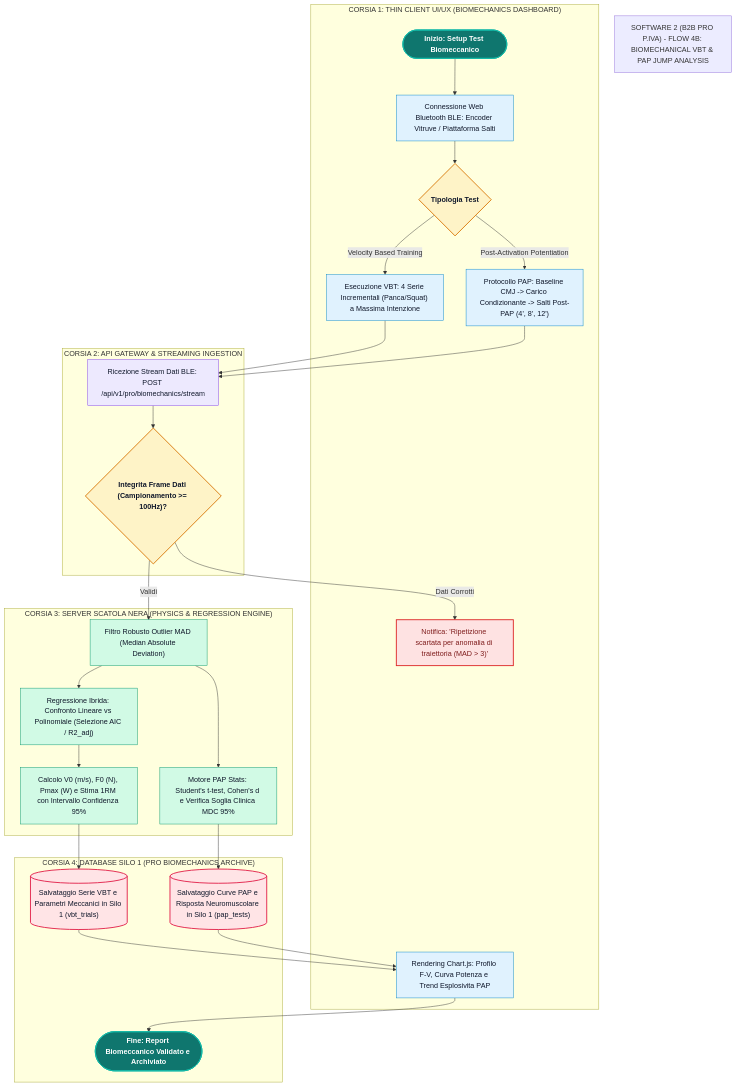
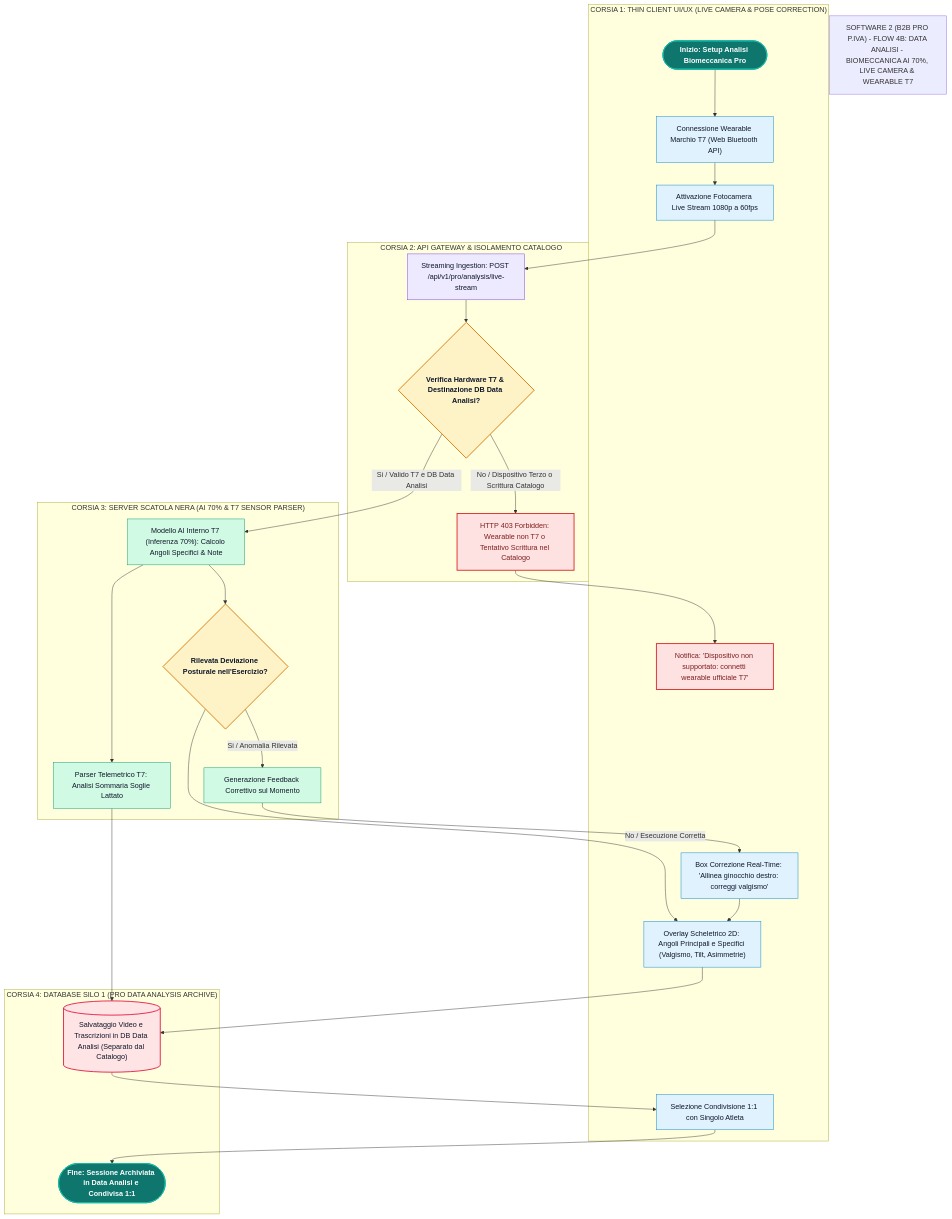
One commit to sportscience2025-star/Sports-Analytics-Platform---T7-Workout-APP changed the diagram in architecture-blueprint/02-miro-zones-and-swimlanes/18-flowcharts/software-2-pro-b2b/flow-4b-vbt-pap-biomechanics.mmd. Above: the diagram before and after it, drawn with Mermaid. The commit also changed 13 other files, not shown here.

Commit message:
feat: reorganize Data Analisi Miro flows (#04, #10, #16), specs, and approved rules

```diff
--- a/architecture-blueprint/02-miro-zones-and-swimlanes/18-flowcharts/software-2-pro-b2b/flow-4b-vbt-pap-biomechanics.mmd
+++ b/architecture-blueprint/02-miro-zones-and-swimlanes/18-flowcharts/software-2-pro-b2b/flow-4b-vbt-pap-biomechanics.mmd
@@ -1,56 +1,53 @@
 flowchart TD
     classDef startend fill:#0f766e,stroke:#14b8a6,stroke-width:2px,color:#ffffff,font-weight:bold;
     classDef client fill:#e0f2fe,stroke:#0284c7,stroke-width:1px,color:#0f172a;
     classDef decision fill:#fef3c7,stroke:#d97706,stroke-width:2px,color:#0f172a,font-weight:bold;
     classDef gateway fill:#ede9fe,stroke:#7c3aed,stroke-width:1px,color:#0f172a;
     classDef server fill:#d1fae5,stroke:#059669,stroke-width:1px,color:#0f172a;
     classDef db fill:#ffe4e6,stroke:#e11d48,stroke-width:2px,color:#0f172a;
     classDef error fill:#fee2e2,stroke:#dc2626,stroke-width:2px,color:#7f1d1d;
 
-    TITLE["SOFTWARE 2 (B2B PRO P.IVA) - FLOW 4B: BIOMECHANICAL VBT & PAP JUMP ANALYSIS"]
+    TITLE["SOFTWARE 2 (B2B PRO P.IVA) - FLOW 4B: DATA ANALISI - BIOMECCANICA AI 70%, LIVE CAMERA & WEARABLE T7"]
 
-    subgraph LANE_CLIENT["CORSIA 1: THIN CLIENT UI/UX (BIOMECHANICS DASHBOARD)"]
-        START(["Inizio: Setup Test Biomeccanico"]):::startend
-        BLE_CONNECT["Connessione Web Bluetooth BLE: Encoder Vitruve / Piattaforma Salti"]:::client
-        TEST_CHOICE{"Tipologia Test"}:::decision
-        VBT_EXEC["Esecuzione VBT: 4 Serie Incrementali (Panca/Squat) a Massima Intenzione"]:::client
-        PAP_EXEC["Protocollo PAP: Baseline CMJ -> Carico Condizionante -> Salti Post-PAP (4', 8', 12')"]:::client
-        CHART_RENDER["Rendering Chart.js: Profilo F-V, Curva Potenza e Trend Esplosivita PAP"]:::client
-        OUTLIER_ALERT["Notifica: 'Ripetizione scartata per anomalia di traiettoria (MAD > 3)'"]:::error
+    subgraph LANE_CLIENT["CORSIA 1: THIN CLIENT UI/UX (LIVE CAMERA & POSE CORRECTION)"]
+        START(["Inizio: Setup Analisi Biomeccanica Pro"]):::startend
+        BLE_SCAN["Connessione Wearable Marchio T7 (Web Bluetooth API)"]:::client
+        CAM_START["Attivazione Fotocamera Live Stream 1080p a 60fps"]:::client
+        OVERLAY_RENDER["Overlay Scheletrico 2D: Angoli Principali e Specifici (Valgismo, Tilt, Asimmetrie)"]:::client
+        LIVE_ALERT_BOX["Box Correzione Real-Time: 'Allinea ginocchio destro: correggi valgismo'"]:::client
+        SHARE_MODAL["Selezione Condivisione 1:1 con Singolo Atleta"]:::client
+        ERR_DEV["Notifica: 'Dispositivo non supportato: connetti wearable ufficiale T7'"]:::error
     end
 
-    subgraph LANE_GATEWAY["CORSIA 2: API GATEWAY & STREAMING INGESTION"]
-        GW_STREAM["Ricezione Stream Dati BLE: POST /api/v1/pro/biomechanics/stream"]:::gateway
-        GW_VALIDATE_STREAM{"Integrita Frame Dati (Campionamento >= 100Hz)?"}:::decision
+    subgraph LANE_GATEWAY["CORSIA 2: API GATEWAY & ISOLAMENTO CATALOGO"]
+        GW_INGEST_STREAM["Streaming Ingestion: POST /api/v1/pro/analysis/live-stream"]:::gateway
+        GW_CHECK_T7{"Verifica Hardware T7 & Destinazione DB Data Analisi?"}:::decision
+        GW_BLOCK_NON_T7["HTTP 403 Forbidden: Wearable non T7 o Tentativo Scrittura nel Catalogo"]:::error
     end
 
-    subgraph LANE_SERVER["CORSIA 3: SERVER SCATOLA NERA (PHYSICS & REGRESSION ENGINE)"]
-        SRV_MAD_FILTER["Filtro Robusto Outlier MAD (Median Absolute Deviation)"]:::server
-        SRV_HYBRID_FIT["Regressione Ibrida: Confronto Lineare vs Polinomiale (Selezione AIC / R2_adj)"]:::server
-        SRV_METRICS["Calcolo V0 (m/s), F0 (N), Pmax (W) e Stima 1RM con Intervallo Confidenza 95%"]:::server
-        SRV_PAP_STATS["Motore PAP Stats: Student's t-test, Cohen's d e Verifica Soglia Clinica MDC 95%"]:::server
+    subgraph LANE_SERVER["CORSIA 3: SERVER SCATOLA NERA (AI 70% & T7 SENSOR PARSER)"]
+        SRV_AI_70["Modello AI Interno T7 (Inferenza 70%): Calcolo Angoli Specifici & Note"]:::server
+        DEC_CORRECTION{"Rilevata Deviazione Posturale nell'Esercizio?"}:::decision
+        SRV_GEN_CORRECTION["Generazione Feedback Correttivo sul Momento"]:::server
+        SRV_LACTATE_PARSER["Parser Telemetrico T7: Analisi Sommaria Soglie Lattato"]:::server
     end
 
-    subgraph LANE_DB["CORSIA 4: DATABASE SILO 1 (PRO BIOMECHANICS ARCHIVE)"]
-        DB_WRITE_VBT[("Salvataggio Serie VBT e Parametri Meccanici in Silo 1 (vbt_trials)")]:::db
-        DB_WRITE_PAP[("Salvataggio Curve PAP e Risposta Neuromuscolare in Silo 1 (pap_tests)")]:::db
-        END_BIOMEC(["Fine: Report Biomeccanico Validato e Archiviato"]):::startend
+    subgraph LANE_DB["CORSIA 4: DATABASE SILO 1 (PRO DATA ANALYSIS ARCHIVE)"]
+        DB_STORE_ANALYSIS[("Salvataggio Video e Trascrizioni in DB Data Analisi (Separato dal Catalogo)")]:::db
+        END_PRO(["Fine: Sessione Archiviata in Data Analisi e Condivisa 1:1"]):::startend
     end
 
-    %% Flussi
-    START --> BLE_CONNECT --> TEST_CHOICE
-    TEST_CHOICE -- Velocity Based Training --> VBT_EXEC
-    TEST_CHOICE -- Post-Activation Potentiation --> PAP_EXEC
-
-    VBT_EXEC --> GW_STREAM
-    PAP_EXEC --> GW_STREAM
-    GW_STREAM --> GW_VALIDATE_STREAM
-    GW_VALIDATE_STREAM -- Dati Corrotti --> OUTLIER_ALERT
-    GW_VALIDATE_STREAM -- Validi --> SRV_MAD_FILTER
-
-    SRV_MAD_FILTER --> SRV_HYBRID_FIT --> SRV_METRICS --> DB_WRITE_VBT
-    SRV_MAD_FILTER --> SRV_PAP_STATS --> DB_WRITE_PAP
-
-    DB_WRITE_VBT --> CHART_RENDER
-    DB_WRITE_PAP --> CHART_RENDER
-    CHART_RENDER --> END_BIOMEC
+    %% Connessioni di flusso
+    START --> BLE_SCAN --> CAM_START
+    CAM_START --> GW_INGEST_STREAM
+    GW_INGEST_STREAM --> GW_CHECK_T7
+    GW_CHECK_T7 -- No / Dispositivo Terzo o Scrittura Catalogo --> GW_BLOCK_NON_T7 --> ERR_DEV
+    GW_CHECK_T7 -- Si / Valido T7 e DB Data Analisi --> SRV_AI_70
+    SRV_AI_70 --> DEC_CORRECTION
+    DEC_CORRECTION -- Si / Anomalia Rilevata --> SRV_GEN_CORRECTION --> LIVE_ALERT_BOX
+    DEC_CORRECTION -- No / Esecuzione Corretta --> OVERLAY_RENDER
+    LIVE_ALERT_BOX --> OVERLAY_RENDER
+    SRV_AI_70 --> SRV_LACTATE_PARSER
+    OVERLAY_RENDER --> DB_STORE_ANALYSIS
+    SRV_LACTATE_PARSER --> DB_STORE_ANALYSIS
+    DB_STORE_ANALYSIS --> SHARE_MODAL --> END_PRO
```
